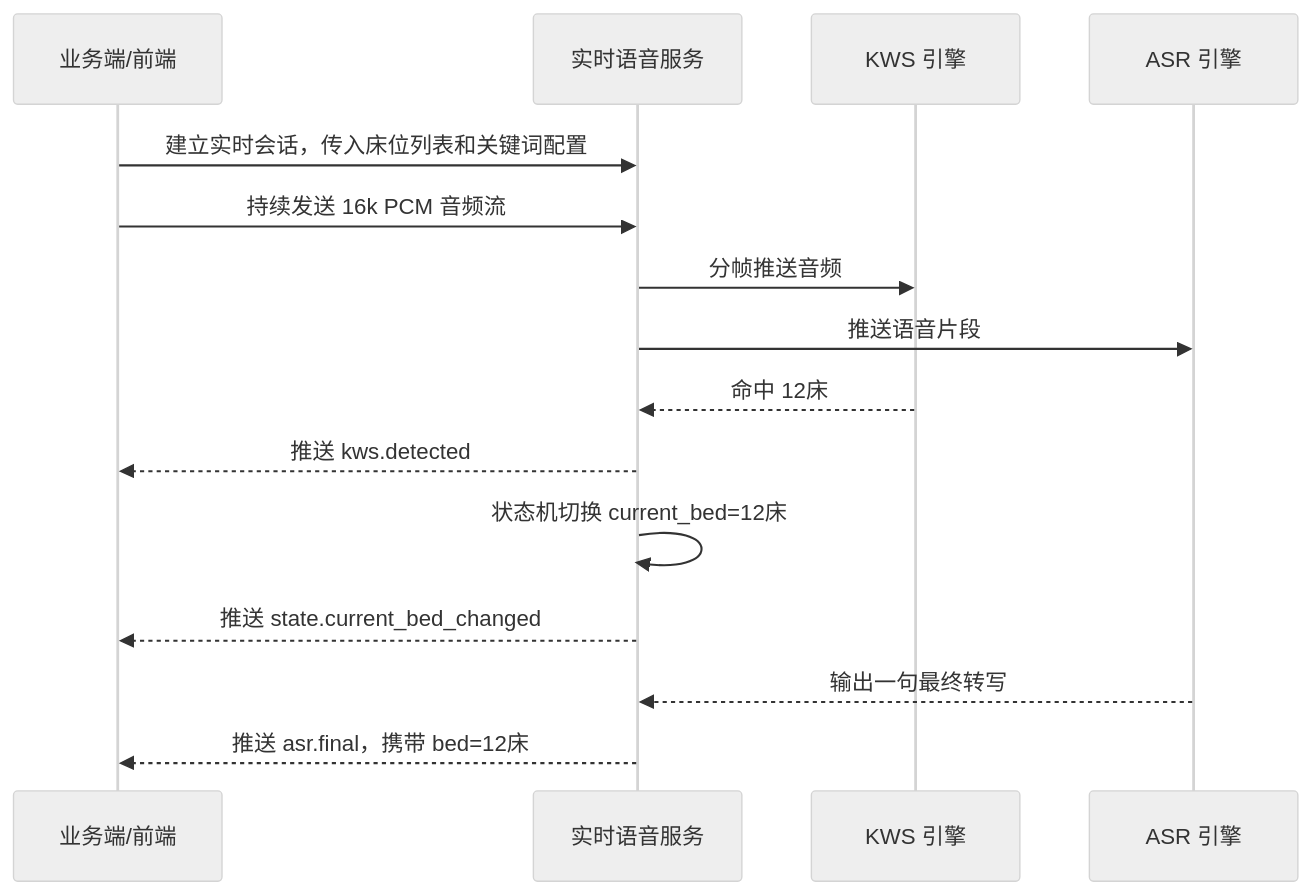
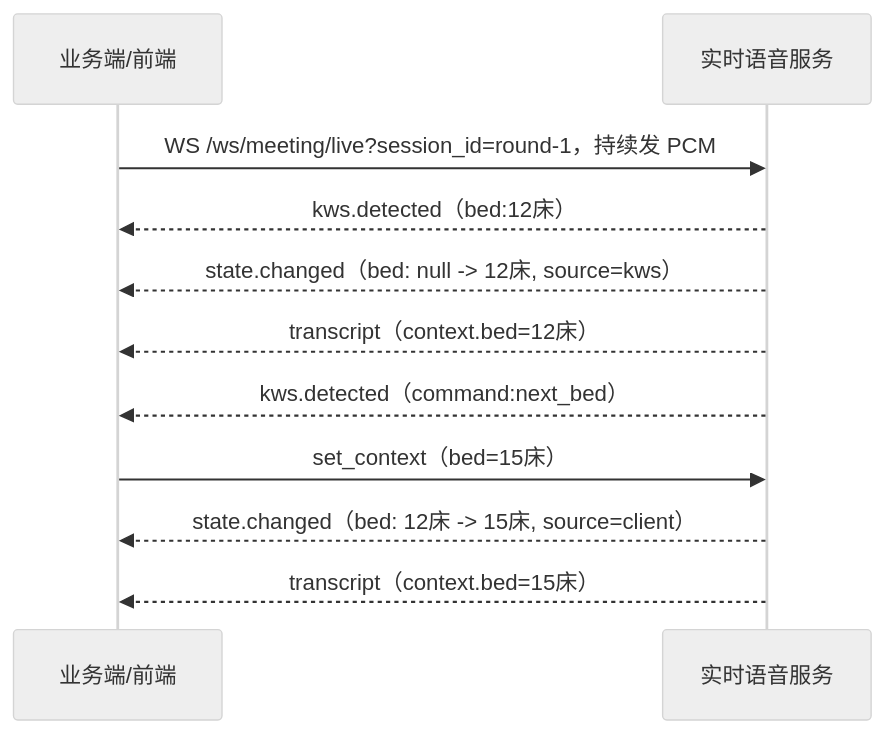
The diagram in docs/realtime-kws-event-scenarios.md (yahuo/VoiceprintRecognition), drawn with Mermaid (neutral theme) before and after one commit. The commit also changed other lines of this file and 9 other files, not shown here.

First line of the commit message:
feat(live): KWS 通用上下文槽位与 set_context

````diff
--- a/docs/realtime-kws-event-scenarios.md
+++ b/docs/realtime-kws-event-scenarios.md
@@ -181,18 +130,13 @@
 ```mermaid
 sequenceDiagram
     participant Client as 业务端/前端
     participant Voice as 实时语音服务
-    participant KWS as KWS 引擎
-    participant ASR as ASR 引擎
-
-    Client->>Voice: 建立实时会话，传入床位列表和关键词配置
-    Client->>Voice: 持续发送 16k PCM 音频流
-    Voice->>KWS: 分帧推送音频
-    Voice->>ASR: 推送语音片段
-    KWS-->>Voice: 命中 12床
-    Voice-->>Client: 推送 kws.detected
-    Voice->>Voice: 状态机切换 current_bed=12床
-    Voice-->>Client: 推送 state.current_bed_changed
-    ASR-->>Voice: 输出一句最终转写
-    Voice-->>Client: 推送 asr.final，携带 bed=12床
+    Client->>Voice: WS /ws/meeting/live?session_id=round-1，持续发 PCM
+    Voice-->>Client: kws.detected（bed:12床）
+    Voice-->>Client: state.changed（bed: null -> 12床, source=kws）
+    Voice-->>Client: transcript（context.bed=12床）
+    Voice-->>Client: kws.detected（command:next_bed）
+    Client->>Voice: set_context（bed=15床）
+    Voice-->>Client: state.changed（bed: 12床 -> 15床, source=client）
+    Voice-->>Client: transcript（context.bed=15床）
 ```
````
